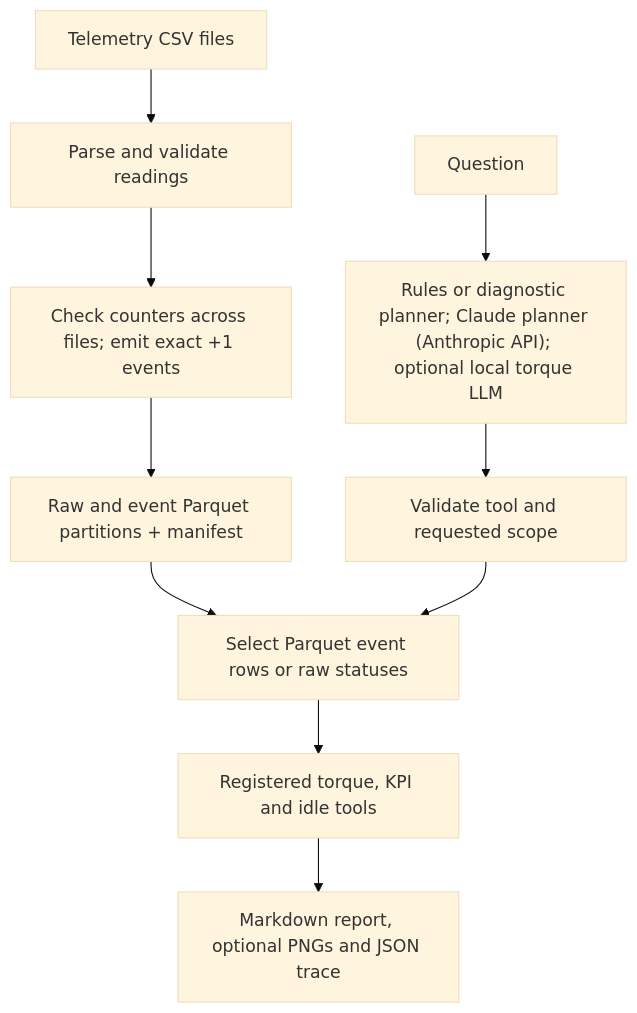
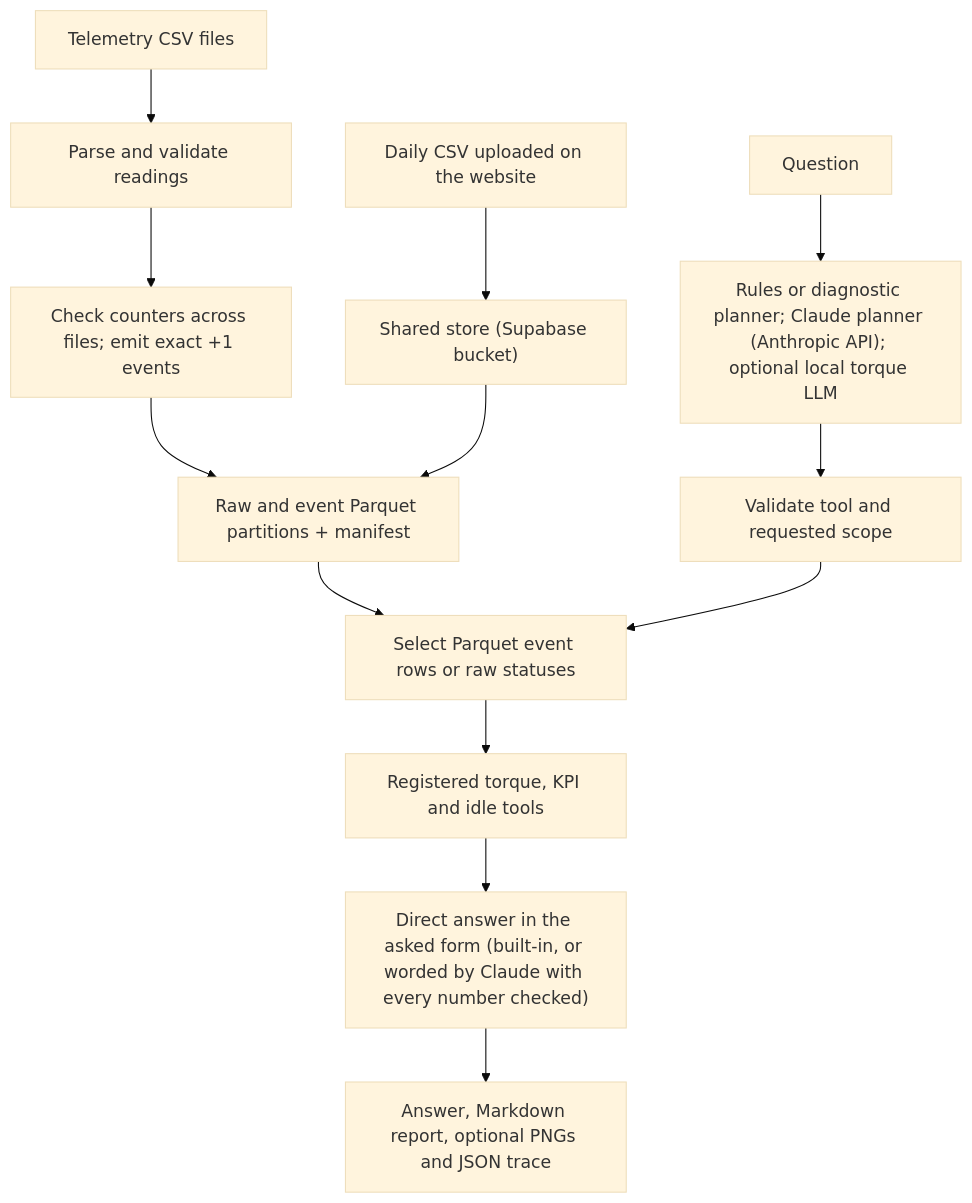
One commit to AnthonyChedid7/arol-telemetry-ai changed the diagram in README.MD. Above: the diagram before and after it, drawn with Mermaid (base theme). The commit also changed other lines of this file and 20 other files, not shown here.

````diff
--- a/README.MD
+++ b/README.MD
@@ -233,12 +266,15 @@
 ```mermaid
 flowchart TD
     CSV["Telemetry CSV files"] --> Parse["Parse and validate readings"]
     Parse --> Detect["Check counters across files; emit exact +1 events"]
     Detect --> Pool["Raw and event Parquet partitions + manifest"]
     Question["Question"] --> Plan["Rules or diagnostic planner; Claude planner (Anthropic API); optional local torque LLM"]
     Plan --> Guard["Validate tool and requested scope"]
     Pool --> Source["Select Parquet event rows or raw statuses"]
     Guard --> Source
     Source --> Tools["Registered torque, KPI and idle tools"]
-    Tools --> Output["Markdown report, optional PNGs and JSON trace"]
+    Tools --> Answer["Direct answer in the asked form (built-in, or worded by Claude with every number checked)"]
+    Answer --> Output["Answer, Markdown report, optional PNGs and JSON trace"]
+    Upload["Daily CSV uploaded on the website"] --> Store["Shared store (Supabase bucket)"]
+    Store --> Pool
 ```
````
